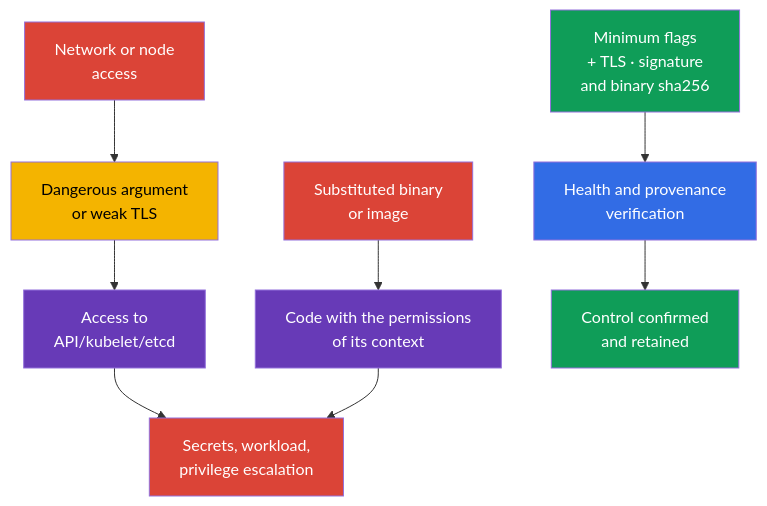
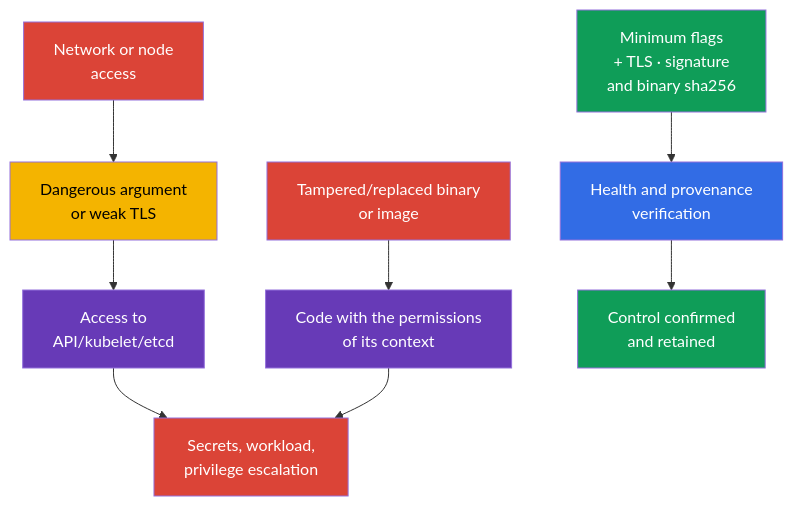
Before and after one commit to ViktorUJ/cks: the first of 2 diagrams in tasks/cks/course/09/README.md, drawn with Mermaid. The commit also changed other lines of this file and 51 other files, not shown here.

````diff
--- a/tasks/cks/course/09/README.md
+++ b/tasks/cks/course/09/README.md
@@ -43,19 +43,19 @@
 ```mermaid
 flowchart TB
     net["Network or node<br/>access"] --> weak["Dangerous argument<br/>or weak TLS"]
     weak --> api["Access to<br/>API/kubelet/etcd"]
-    file["Substituted binary<br/>or image"] --> runtime["Code with the permissions<br/>of its context"]
+    file["Tampered/replaced binary<br/>or image"] --> runtime["Code with the permissions<br/>of its context"]
     api --> impact["Secrets, workload,<br/>privilege escalation"]
     runtime --> impact
     harden["Minimum flags<br/>+ TLS · signature<br/>and binary sha256"] --> verify["Health and provenance<br/>verification"]
     verify --> safe["Control confirmed<br/>and retained"]
     style net fill:#db4437,color:#fff
     style weak fill:#f4b400,color:#000
     style file fill:#db4437,color:#fff
     style api fill:#673ab7,color:#fff
     style runtime fill:#673ab7,color:#fff
     style harden fill:#0f9d58,color:#fff
     style verify fill:#326ce5,color:#fff
     style safe fill:#0f9d58,color:#fff
     style impact fill:#db4437,color:#fff
 ```
````
